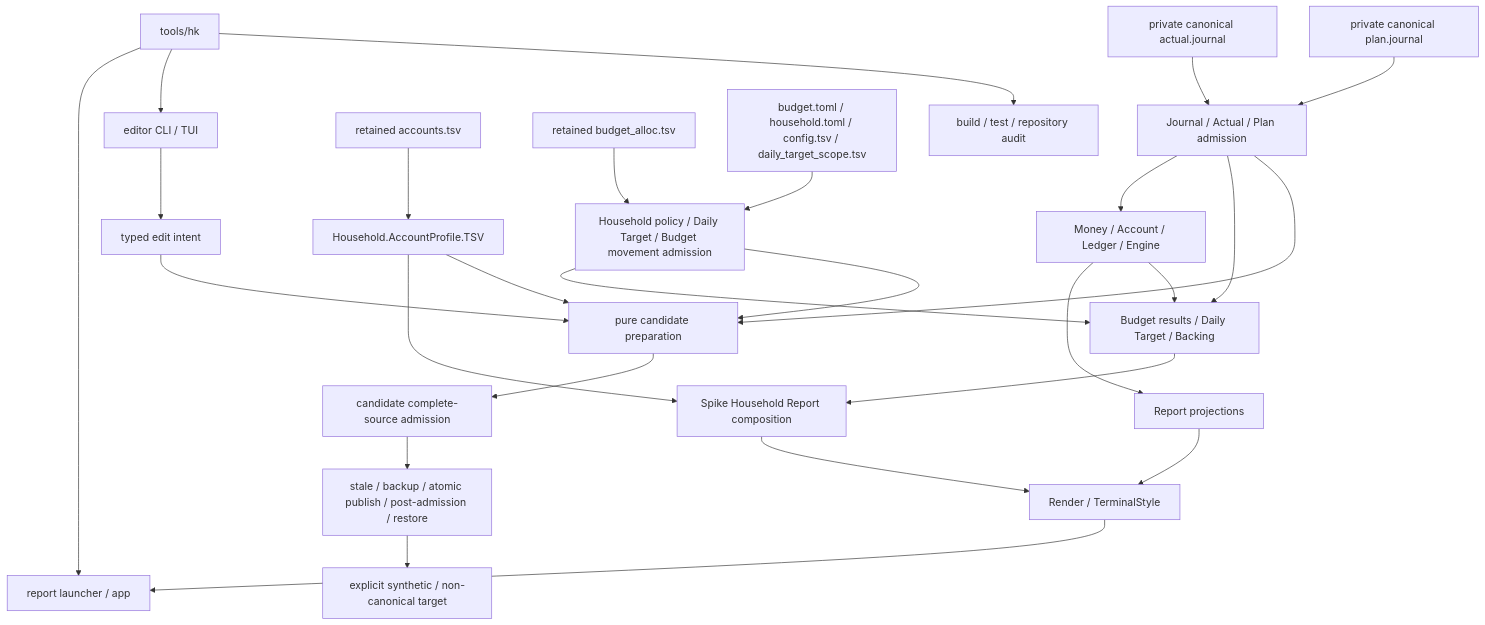
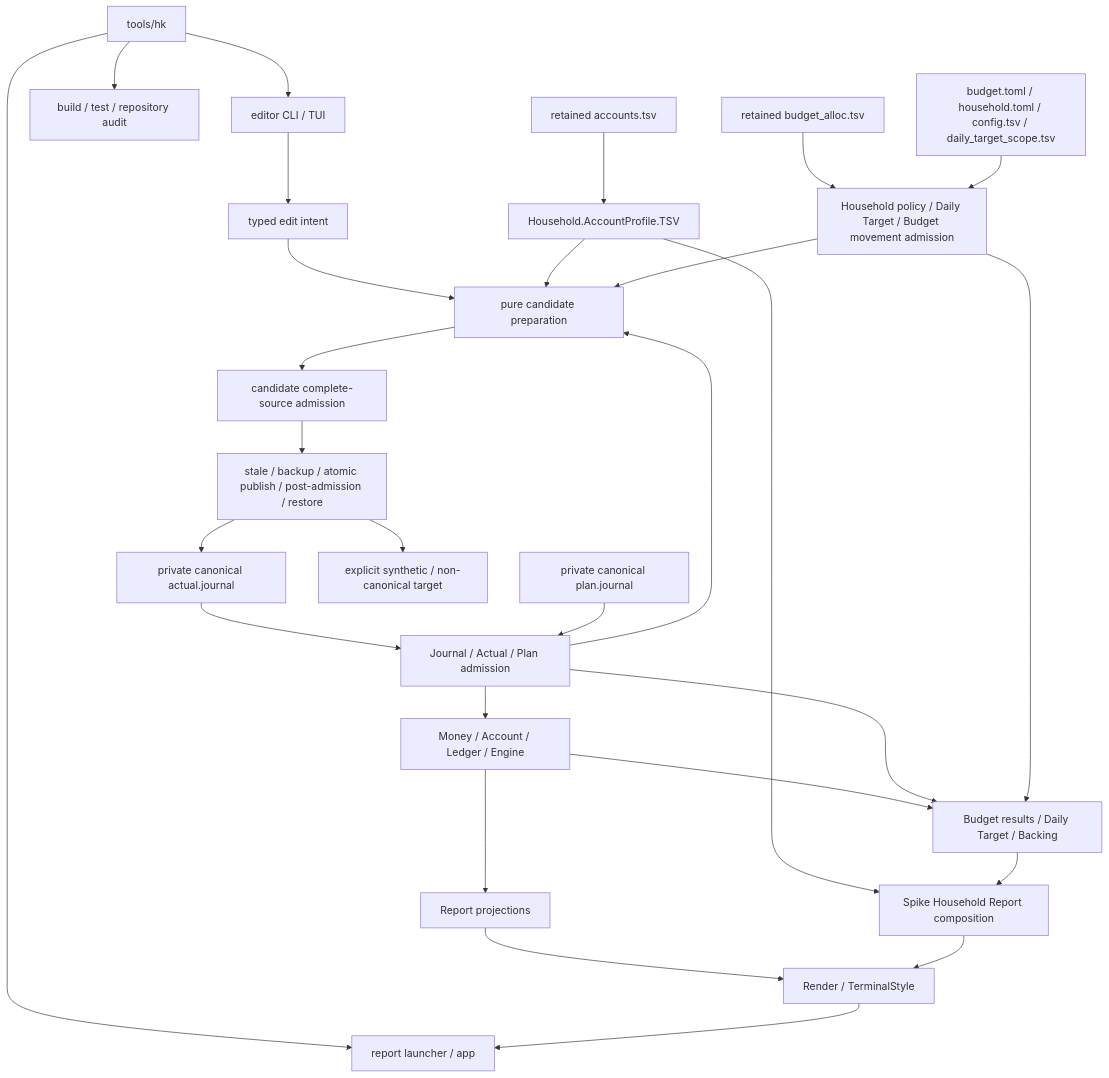
Before and after one commit to shumoku88-bit/h-kernel: the diagram in docs/CODE_MAP_AND_DESIGN_SKETCH.md, drawn with Mermaid. The commit also changed other lines of this file and 8 other files, not shown here.

````diff
--- a/docs/CODE_MAP_AND_DESIGN_SKETCH.md
+++ b/docs/CODE_MAP_AND_DESIGN_SKETCH.md
@@ -93,50 +94,51 @@
 ```mermaid
 graph TD
     Hub["tools/hk"]
     ReportApp["report launcher / app"]
     EditorApp["editor CLI / TUI"]
     Checks["build / test / repository audit"]
 
     CanonicalActual["private canonical actual.journal"]
     CanonicalPlan["private canonical plan.journal"]
     AccountProfileSource["retained accounts.tsv"]
     BudgetMovementSource["retained budget_alloc.tsv"]
     ConfigSources["budget.toml / household.toml / config.tsv / daily_target_scope.tsv"]
-    ExplicitWriteTarget["explicit synthetic / non-canonical target"]
+    RehearsalTarget["explicit synthetic / non-canonical target"]
 
     CoreAdmission["Journal / Actual / Plan admission"]
     AccountProfileAdmission["Household.AccountProfile.TSV"]
     HouseholdAdmission["Household policy / Daily Target / Budget movement admission"]
     Accounting["Money / Account / Ledger / Engine"]
     Household["Budget results / Daily Target / Backing"]
     Composition["Spike Household Report composition"]
     Reports["Report projections"]
     Render["Render / TerminalStyle"]
 
     Intent["typed edit intent"]
     Candidate["pure candidate preparation"]
     CompleteAdmission["candidate complete-source admission"]
     Writer["stale / backup / atomic publish / post-admission / restore"]
 
     Hub --> ReportApp
     Hub --> EditorApp
     Hub --> Checks
 
     CanonicalActual --> CoreAdmission --> Accounting
     CanonicalPlan --> CoreAdmission
     AccountProfileSource --> AccountProfileAdmission
     BudgetMovementSource --> HouseholdAdmission
     ConfigSources --> HouseholdAdmission
 
     Accounting --> Reports --> Render --> ReportApp
     Accounting --> Household
     CoreAdmission --> Household
     AccountProfileAdmission --> Composition
     HouseholdAdmission --> Household --> Composition --> Render
 
     EditorApp --> Intent --> Candidate --> CompleteAdmission --> Writer
     CoreAdmission --> Candidate
     AccountProfileAdmission --> Candidate
     HouseholdAdmission --> Candidate
-    Writer --> ExplicitWriteTarget
+    Writer --> CanonicalActual
+    Writer --> RehearsalTarget
 ```
````
